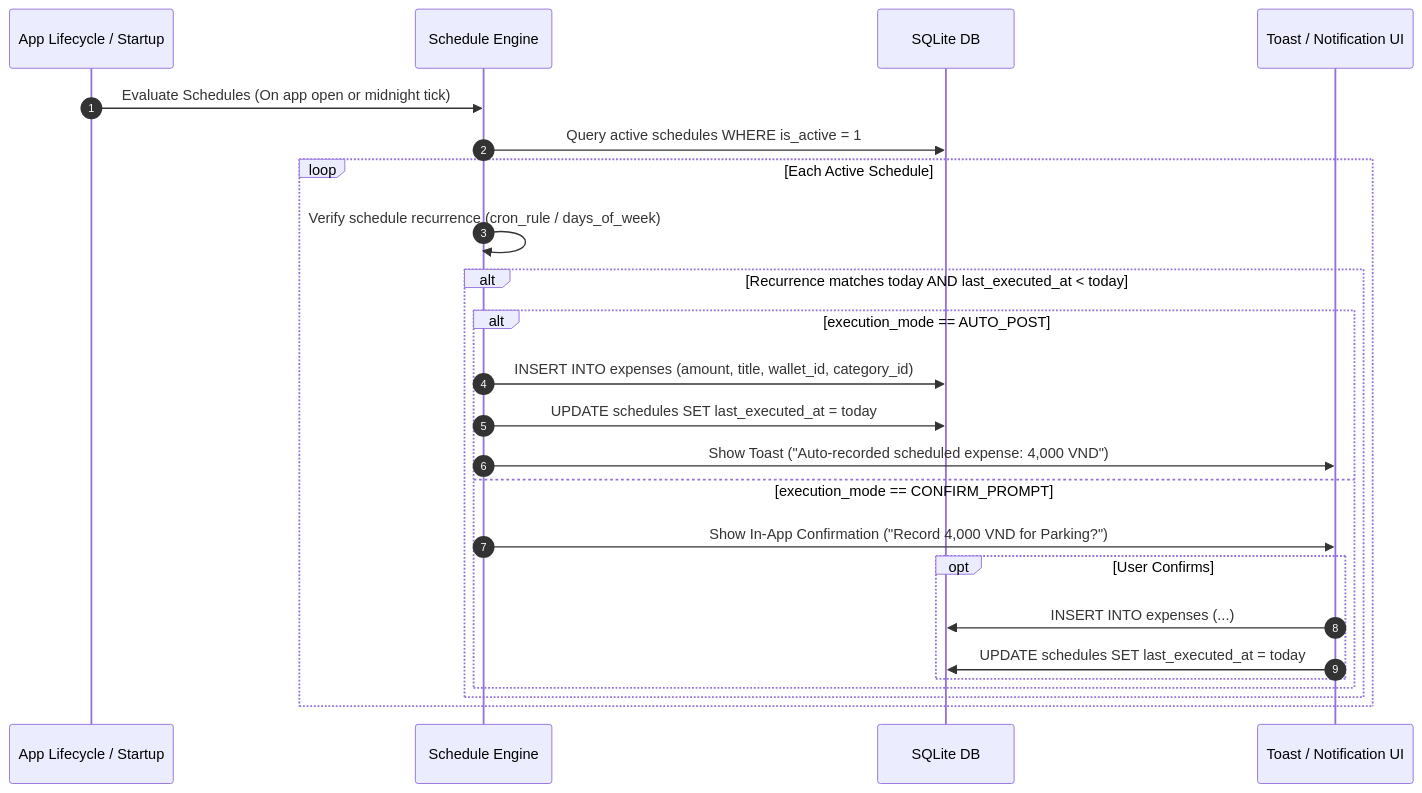
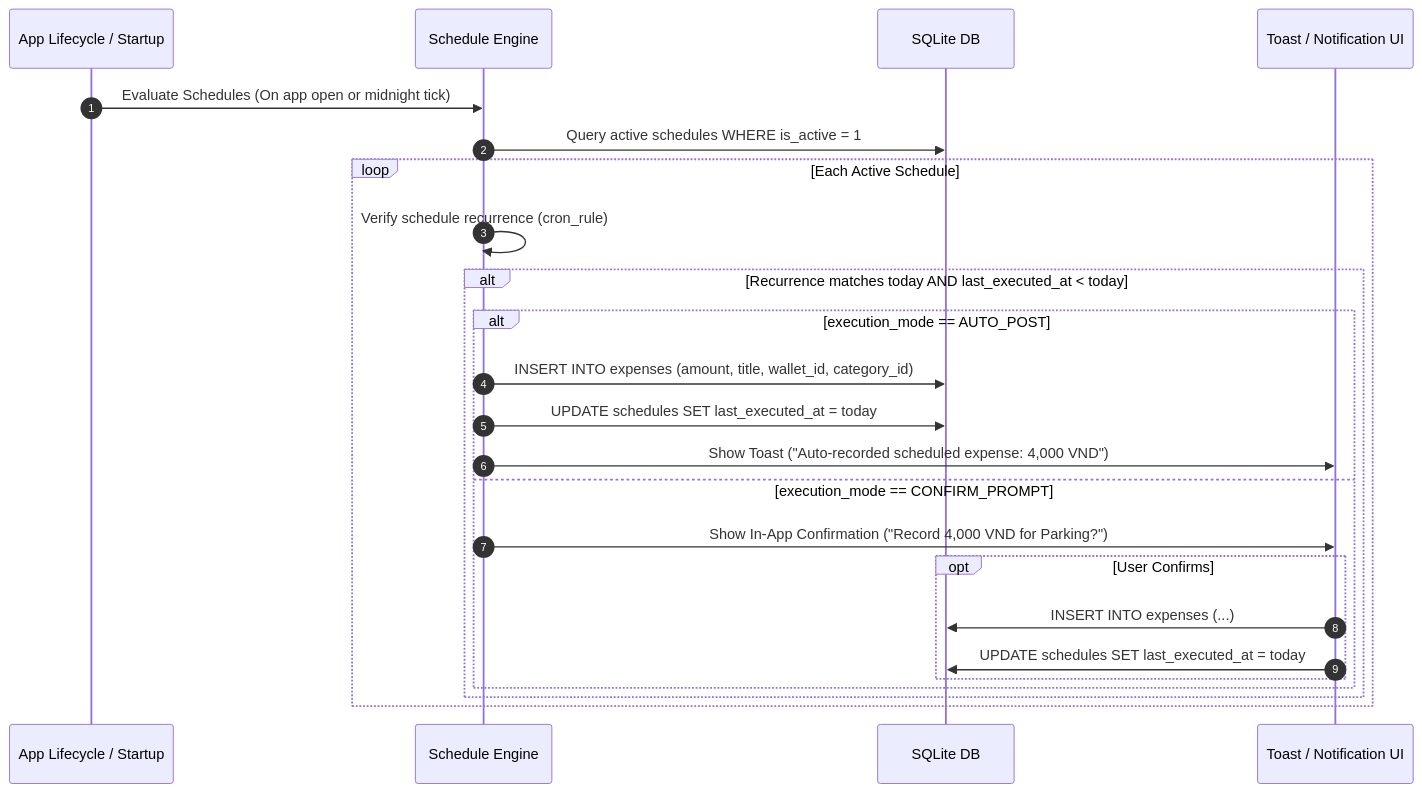
Before and after one commit to ngxccc/open-spend: the fourth of 4 diagrams in docs/design/guest-offline-sync.md, drawn with Mermaid. The commit also changed other lines of this file and 1 other file, not shown here.

First line of the commit message:
docs(architecture): document Drizzle ORM conventions and timezone chronology

````diff
--- a/docs/design/guest-offline-sync.md
+++ b/docs/design/guest-offline-sync.md
@@ -183,27 +172,27 @@
 ```mermaid
 sequenceDiagram
     autonumber
     participant App as App Lifecycle / Startup
     participant Engine as Schedule Engine
     participant SQLite as SQLite DB
     participant UI as Toast / Notification UI
 
     App->>Engine: Evaluate Schedules (On app open or midnight tick)
     Engine->>SQLite: Query active schedules WHERE is_active = 1
     loop Each Active Schedule
-        Engine->>Engine: Verify schedule recurrence (cron_rule / days_of_week)
+        Engine->>Engine: Verify schedule recurrence (cron_rule)
         alt Recurrence matches today AND last_executed_at < today
             alt execution_mode == AUTO_POST
                 Engine->>SQLite: INSERT INTO expenses (amount, title, wallet_id, category_id)
                 Engine->>SQLite: UPDATE schedules SET last_executed_at = today
                 Engine->>UI: Show Toast ("Auto-recorded scheduled expense: 4,000 VND")
             else execution_mode == CONFIRM_PROMPT
                 Engine->>UI: Show In-App Confirmation ("Record 4,000 VND for Parking?")
                 opt User Confirms
                     UI->>SQLite: INSERT INTO expenses (...)
                     UI->>SQLite: UPDATE schedules SET last_executed_at = today
                 end
             end
         end
     end
 ```
````
